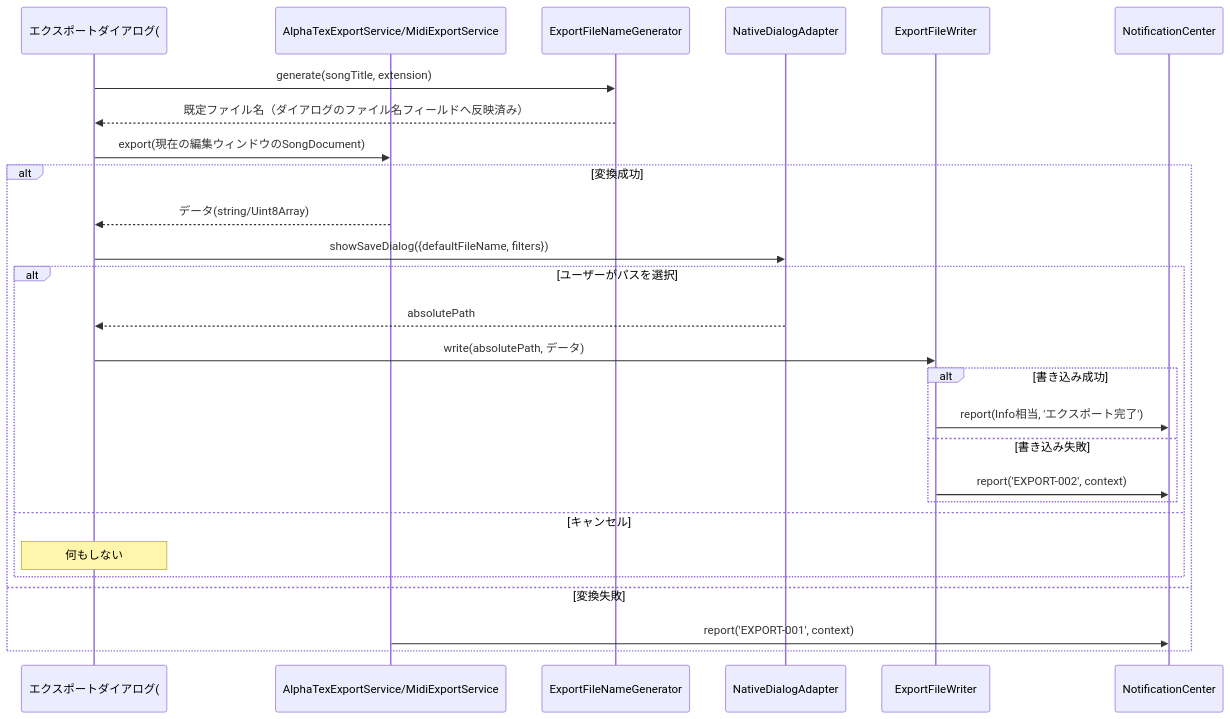
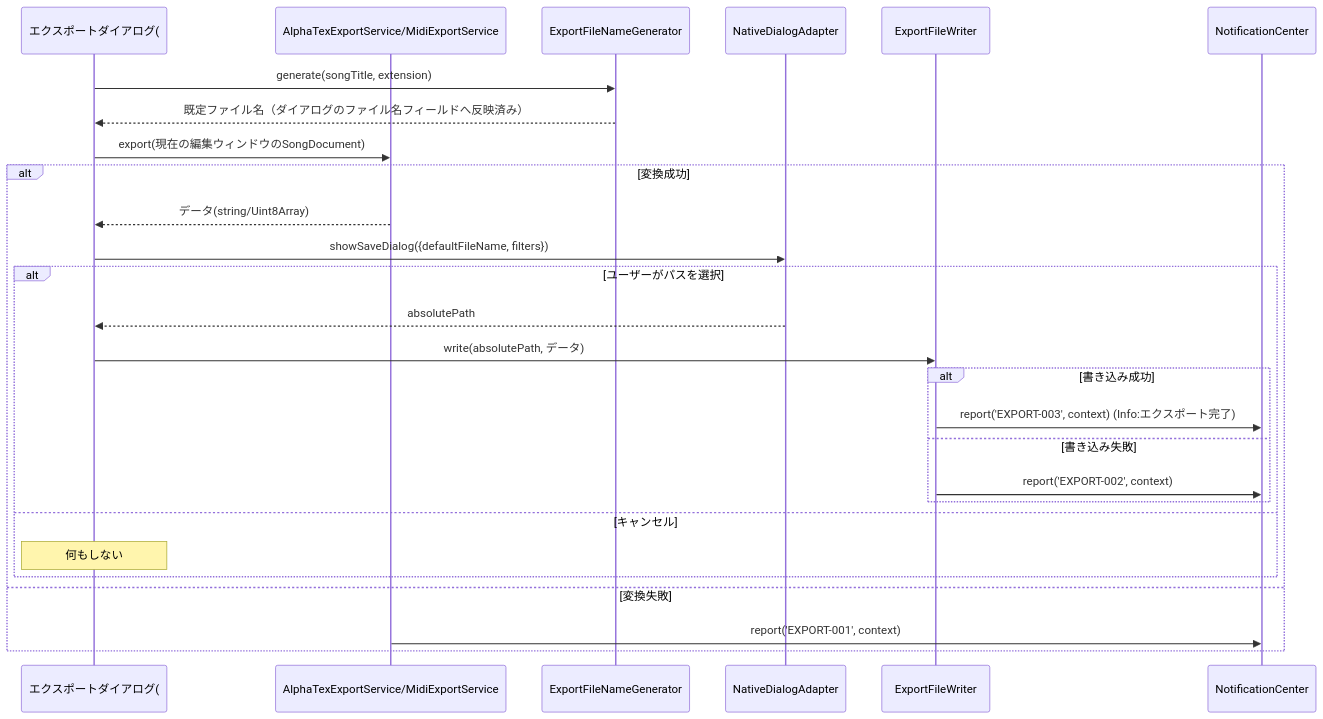
The second of 3 diagrams in docs/detailed_design/export-print.md (ippoooooshi/RiFF-LiNE), drawn with Mermaid before and after one commit. The commit also changed other lines of this file and 12 other files, not shown here.

````diff
--- a/docs/detailed_design/export-print.md
+++ b/docs/detailed_design/export-print.md
@@ -123,30 +123,30 @@
 ```mermaid
 sequenceDiagram
     participant UI as エクスポートダイアログ(#10)
     participant SVC as AlphaTexExportService/MidiExportService
     participant FNGEN as ExportFileNameGenerator
     participant DIALOG as NativeDialogAdapter
     participant WRITER as ExportFileWriter
     participant NOTIFY as NotificationCenter
 
     UI->>FNGEN: generate(songTitle, extension)
     FNGEN-->>UI: 既定ファイル名（ダイアログのファイル名フィールドへ反映済み）
     UI->>SVC: export(現在の編集ウィンドウのSongDocument)
     alt 変換成功
         SVC-->>UI: データ(string/Uint8Array)
         UI->>DIALOG: showSaveDialog({defaultFileName, filters})
         alt ユーザーがパスを選択
             DIALOG-->>UI: absolutePath
             UI->>WRITER: write(absolutePath, データ)
             alt 書き込み成功
-                WRITER->>NOTIFY: report(Info相当, 'エクスポート完了')
+                WRITER->>NOTIFY: report('EXPORT-003', context)  (Info:エクスポート完了)
             else 書き込み失敗
                 WRITER->>NOTIFY: report('EXPORT-002', context)
             end
         else キャンセル
             Note over UI: 何もしない
         end
     else 変換失敗
         SVC->>NOTIFY: report('EXPORT-001', context)
     end
 ```
````
